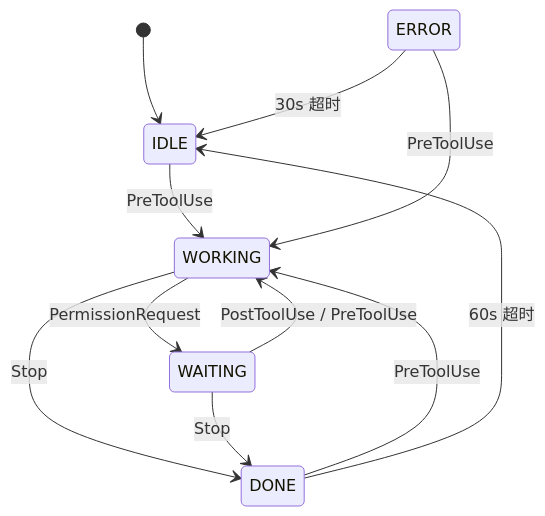
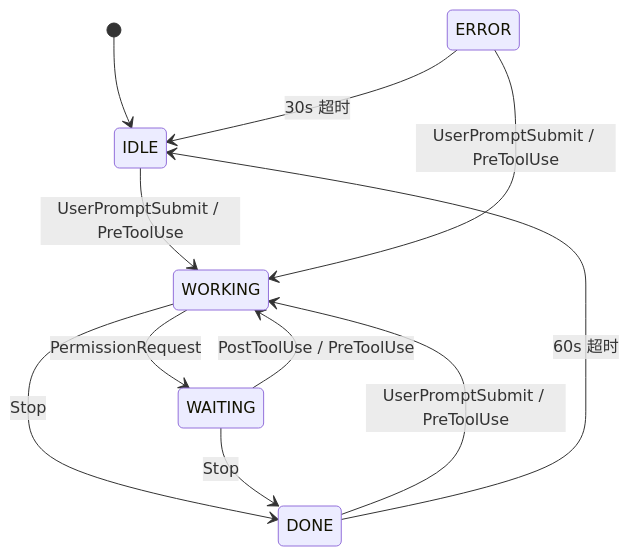
One commit to Randsome-Arisa/ClaudeStatus changed the diagram in README.md. Above: the diagram before and after it, drawn with Mermaid. The commit also changed other lines of this file and 4 other files, not shown here.

First line of the commit message:
feat: add UserPromptSubmit hook for earlier green icon during thinking phase

````diff
--- a/README.md
+++ b/README.md
@@ -140,13 +141,13 @@
 ```mermaid
 stateDiagram-v2
     [*] --> IDLE
-    IDLE --> WORKING : PreToolUse
+    IDLE --> WORKING : UserPromptSubmit / PreToolUse
     WORKING --> DONE : Stop
     WORKING --> WAITING : PermissionRequest
     WAITING --> WORKING : PostToolUse / PreToolUse
     WAITING --> DONE : Stop
-    DONE --> WORKING : PreToolUse
+    DONE --> WORKING : UserPromptSubmit / PreToolUse
     DONE --> IDLE : 60s 超时
-    ERROR --> WORKING : PreToolUse
+    ERROR --> WORKING : UserPromptSubmit / PreToolUse
     ERROR --> IDLE : 30s 超时
 ```
````
